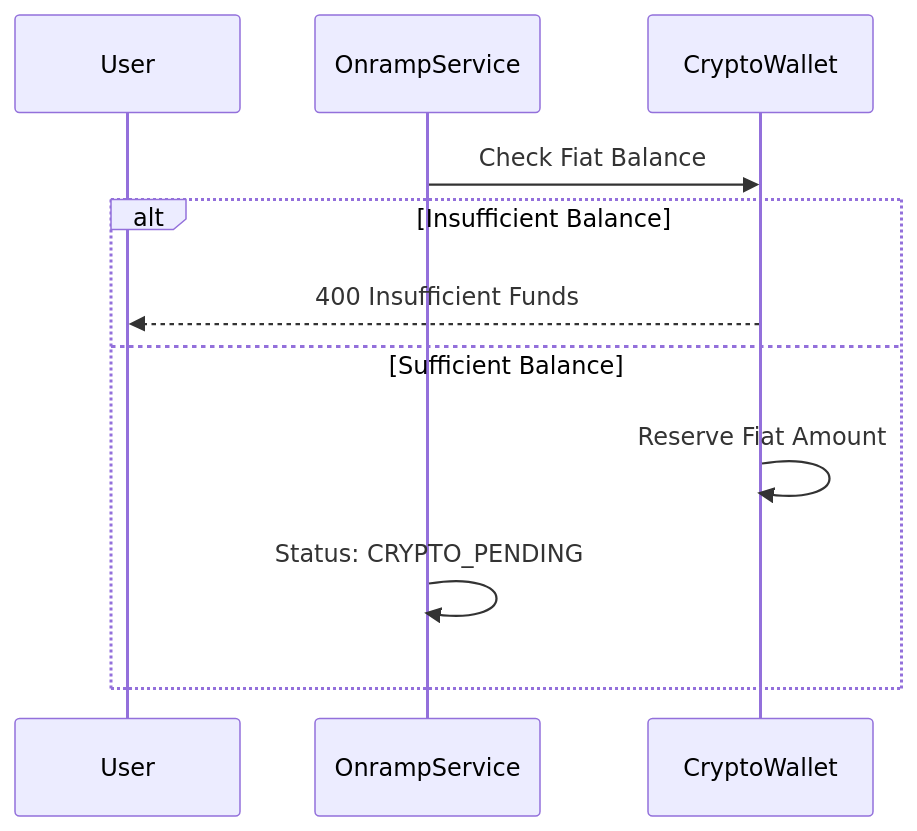
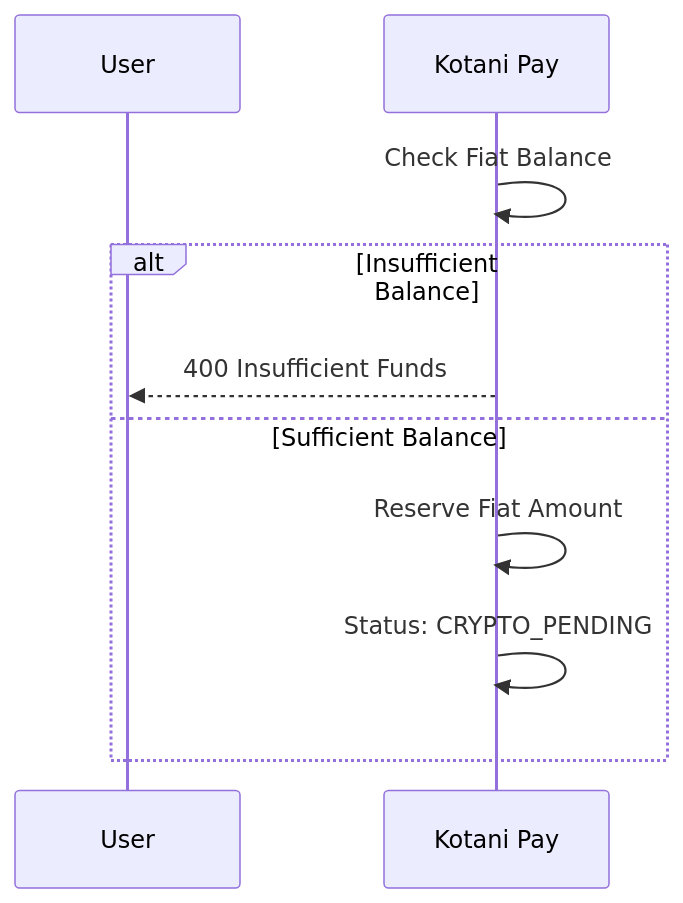
One commit to john-muinde/docs changed the fourth of 9 diagrams in v3/flows/onramp-flow.mdx. Above: the diagram before and after it, drawn with Mermaid. The commit also changed other lines of this file and 5 other files, not shown here.

````diff
--- a/v3/flows/onramp-flow.mdx
+++ b/v3/flows/onramp-flow.mdx
@@ -90,14 +79,13 @@
 ```mermaid
 sequenceDiagram
     participant User
-    participant OnrampService
-    participant CryptoWallet
+    participant Kotani Pay
 
-    OnrampService->>CryptoWallet: Check Fiat Balance
+    Kotani Pay->>Kotani Pay: Check Fiat Balance
     alt Insufficient Balance
-        CryptoWallet-->>User: 400 Insufficient Funds
+        Kotani Pay-->>User: 400 Insufficient Funds
     else Sufficient Balance
-        CryptoWallet->>CryptoWallet: Reserve Fiat Amount
-        OnrampService->>OnrampService: Status: CRYPTO_PENDING
+        Kotani Pay->>Kotani Pay: Reserve Fiat Amount
+        Kotani Pay->>Kotani Pay: Status: CRYPTO_PENDING
     end
 ```
````
